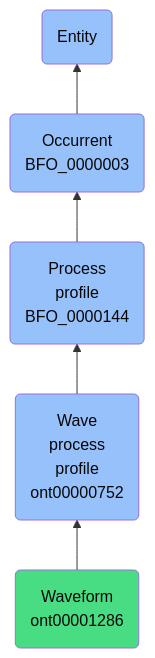
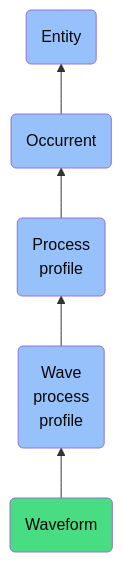
The diagram in docs/ontology/reference/model/Entity/Occurrent/Process profile/Wave process profile/Waveform/Waveform.md (jupyter-naas/abi), drawn with Mermaid before and after one commit. The commit also changed other lines of this file and 1430 other files, not shown here.

````diff
--- a/docs/ontology/reference/model/Entity/Occurrent/Process profile/Wave process profile/Waveform/Waveform.md
+++ b/docs/ontology/reference/model/Entity/Occurrent/Process profile/Wave process profile/Waveform/Waveform.md
@@ -24,12 +24,12 @@
 ```mermaid
 graph BT
-    ont00001286(Waveform<br>ont00001286):::ABI-->ont00000752
-    ont00000752(Wave<br>process<br>profile<br>ont00000752):::BFO-->BFO_0000144
-    BFO_0000144(Process<br>profile<br>BFO_0000144):::BFO-->BFO_0000003
-    BFO_0000003(Occurrent<br>BFO_0000003):::BFO-->BFO_0000001
+    ont00001286(Waveform):::ABI-->ont00000752
+    ont00000752(Wave<br>process<br>profile):::BFO-->BFO_0000144
+    BFO_0000144(Process<br>profile):::BFO-->BFO_0000003
+    BFO_0000003(Occurrent):::BFO-->BFO_0000001
     BFO_0000001(Entity):::BFO
     
     classDef BFO fill:#97c1fb,color:#060606
     classDef CCO fill:#e4c51e,color:#060606
     classDef ABI fill:#48DD82,color:#060606
 ```
````
